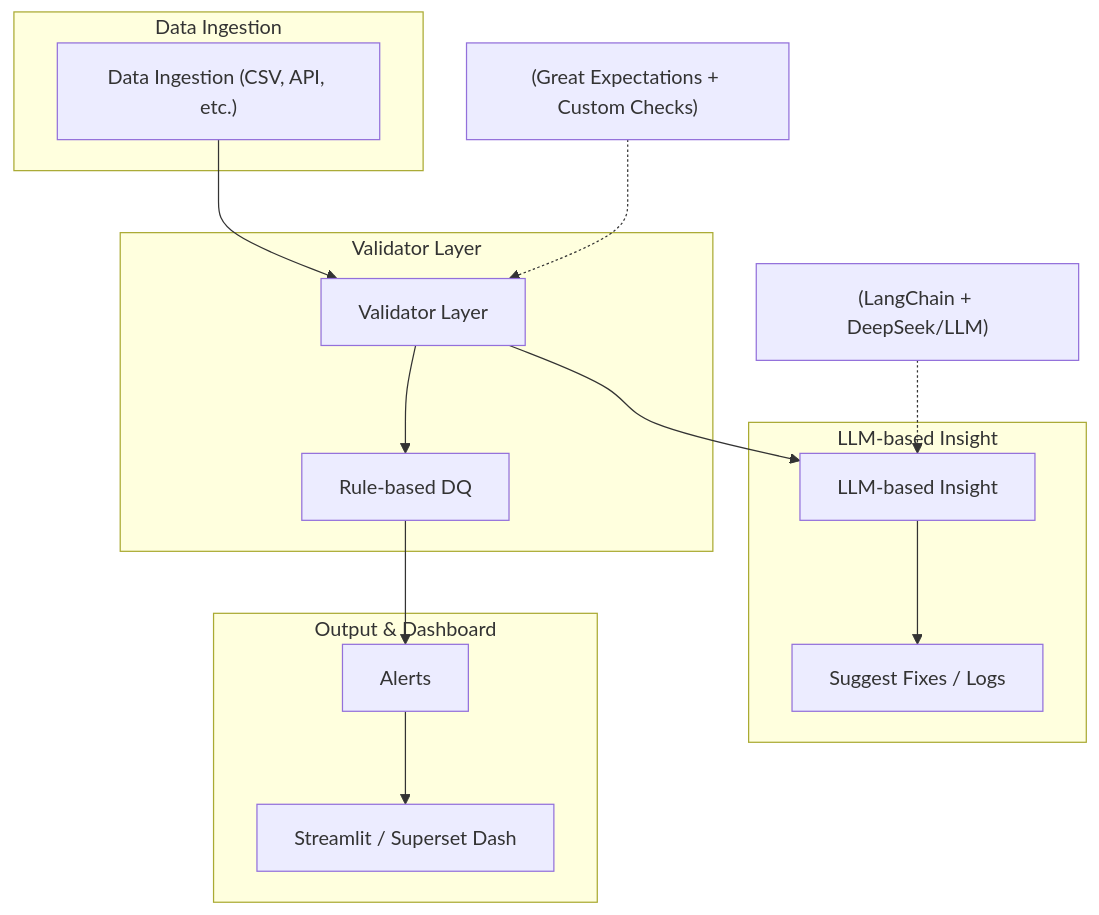
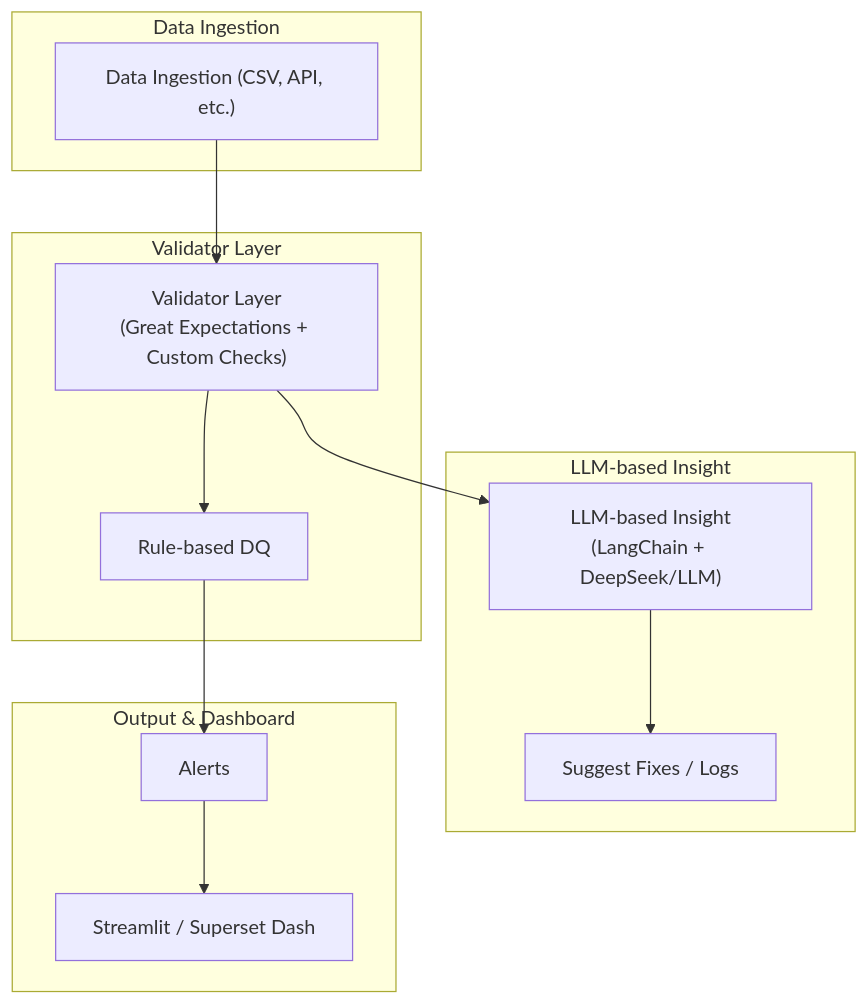
One commit to thuyvinhdinh175/AI-powered-data-quality-monitor changed the diagram in README.md. Above: the diagram before and after it, drawn with Mermaid.

Commit message:
Add the mermaid diagram

````diff
--- a/README.md
+++ b/README.md
@@ -7,35 +7,31 @@
 ```mermaid
 flowchart TB
     %% Subgraph: Data Ingestion
     subgraph Ingestion["Data Ingestion"]
         DataIngestion["Data Ingestion (CSV, API, etc.)"]
     end
 
-    %% Subgraph: Validation Layer
+    %% Subgraph: Validator Layer
     subgraph Validation["Validator Layer"]
-        ValidatorLayer["Validator Layer"]
+        ValidatorLayer["Validator Layer\n(Great Expectations + Custom Checks)"]
         RuleDQ["Rule-based DQ"]
         ValidatorLayer --> RuleDQ
     end
     DataIngestion --> ValidatorLayer
 
     %% Subgraph: LLM Insight
     subgraph LLM["LLM-based Insight"]
-        LLMInsight["LLM-based Insight"]
+        LLMInsight["LLM-based Insight\n(LangChain + DeepSeek/LLM)"]
         SuggestFixes["Suggest Fixes / Logs"]
         LLMInsight --> SuggestFixes
     end
     ValidatorLayer --> LLMInsight
 
     %% Subgraph: Output / Dashboard
     subgraph Output["Output & Dashboard"]
         Alerts["Alerts"]
         Dashboard["Streamlit / Superset Dash"]
         RuleDQ --> Alerts
         Alerts --> Dashboard
     end
-
-    %% Annotations (non-styled notes)
-    ValidatorNote["(Great Expectations + Custom Checks)"] -.-> ValidatorLayer
-    LLMNote["(LangChain + DeepSeek/LLM)"] -.-> LLMInsight
 ```
````
